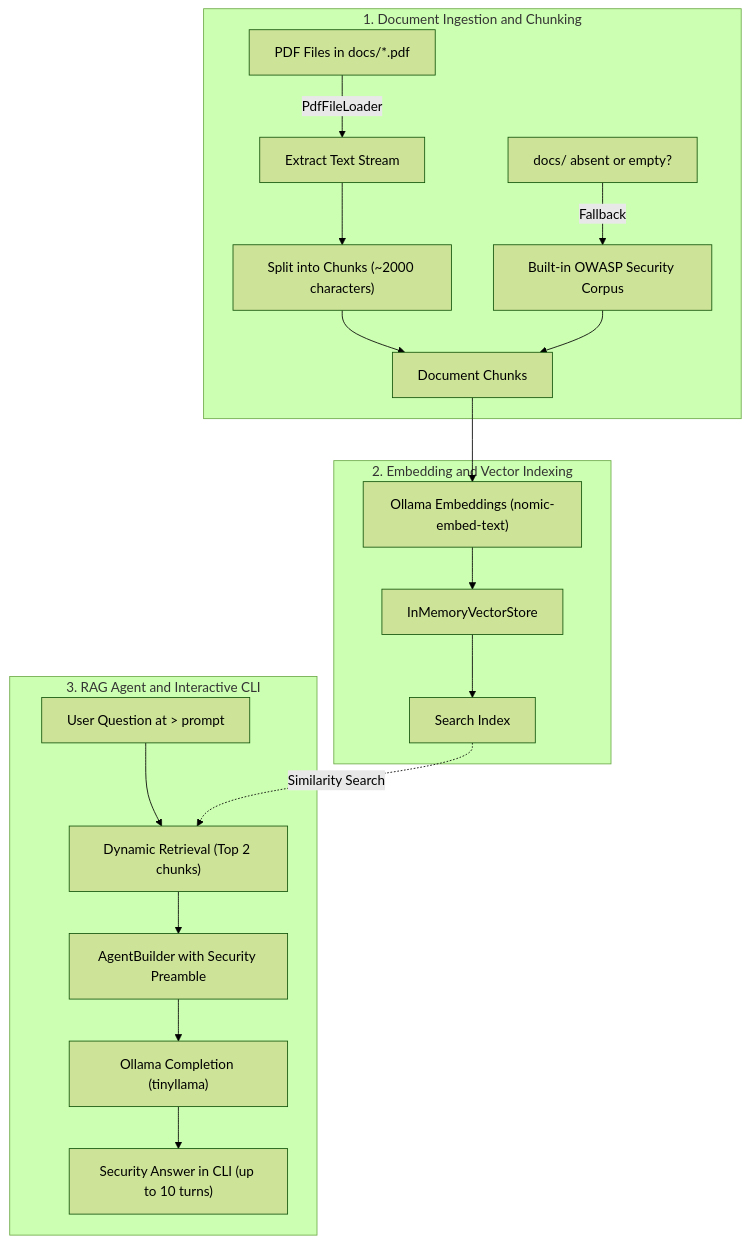
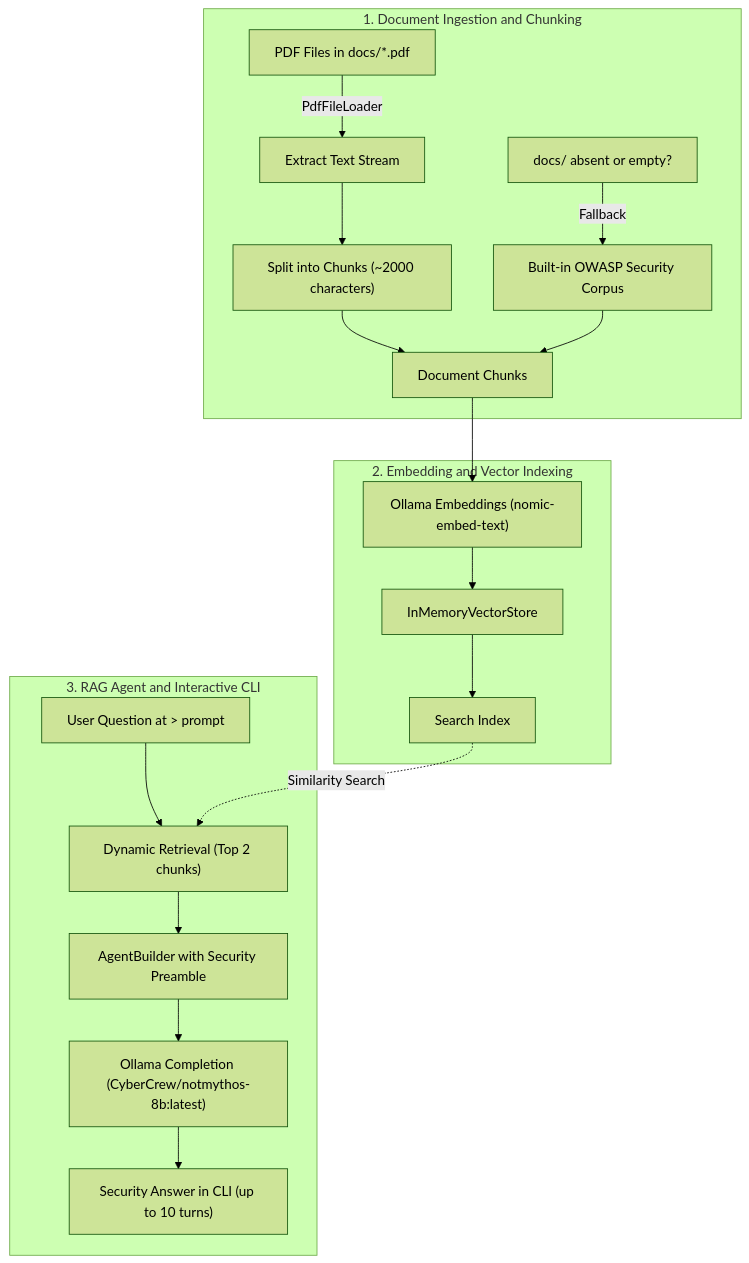
Before and after one commit to prithivi-tekspaz/security-rag-copy: the diagram in README.md, drawn with Mermaid (forest theme). The commit also changed other lines of this file, not shown here.

````diff
--- a/README.md
+++ b/README.md
@@ -13,24 +13,24 @@
 ```mermaid
 flowchart TD
     subgraph Ingestion ["1. Document Ingestion and Chunking"]
         A["PDF Files in docs/*.pdf"] -->|PdfFileLoader| B["Extract Text Stream"]
         B --> C["Split into Chunks (~2000 characters)"]
         FB["docs/ absent or empty?"] -->|Fallback| FC["Built-in OWASP Security Corpus"]
         C --> D["Document Chunks"]
         FC --> D
     end
 
     subgraph Embedding ["2. Embedding and Vector Indexing"]
         D --> E["Ollama Embeddings (nomic-embed-text)"]
         E --> F["InMemoryVectorStore"]
         F --> G["Search Index"]
     end
 
     subgraph Chatbot ["3. RAG Agent and Interactive CLI"]
         H["User Question at > prompt"] --> I["Dynamic Retrieval (Top 2 chunks)"]
         G -.->|Similarity Search| I
         I --> J["AgentBuilder with Security Preamble"]
-        J --> K["Ollama Completion (tinyllama)"]
+        J --> K["Ollama Completion (CyberCrew/notmythos-8b:latest)"]
         K --> L["Security Answer in CLI (up to 10 turns)"]
     end
 ```
````
